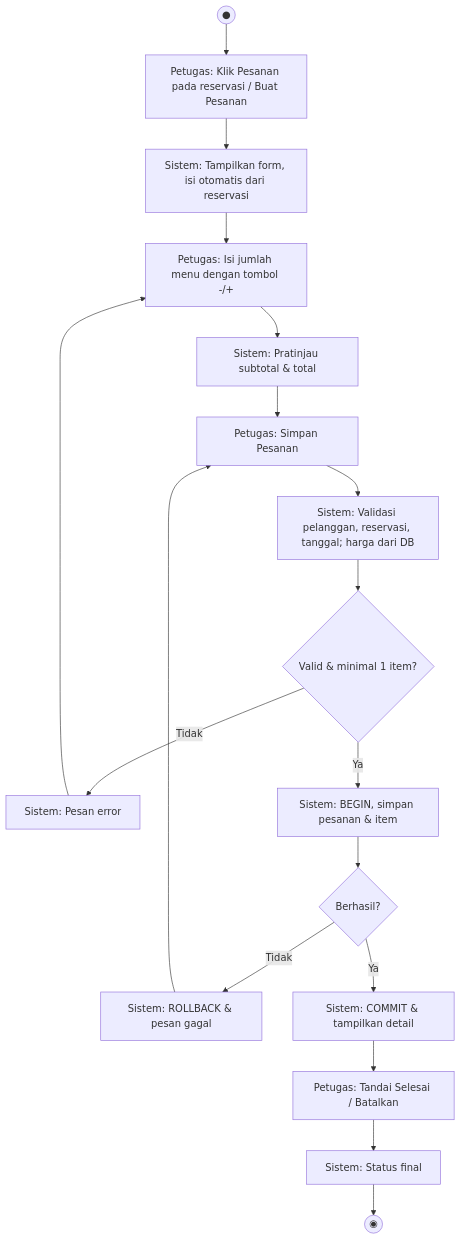
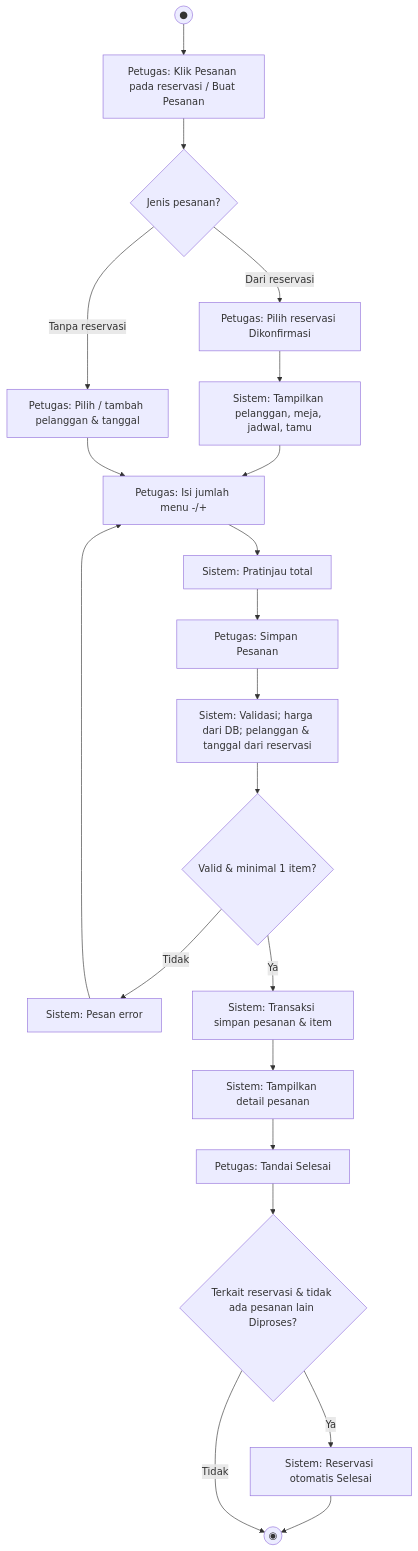
The third of 8 diagrams in docs/PANDUAN-PEMBUATAN-DOCX.md (Fuentes771/LSP-Programming), drawn with Mermaid before and after one commit. The commit also changed other lines of this file and 11 other files, not shown here.

First line of the commit message:
Rapikan alur pesanan dari reservasi dan penyelesaian otomatis

````diff
--- a/docs/PANDUAN-PEMBUATAN-DOCX.md
+++ b/docs/PANDUAN-PEMBUATAN-DOCX.md
@@ -705,17 +712,21 @@
 ```mermaid
 flowchart TD
     start((●)) --> a1[Petugas: Klik Pesanan pada reservasi / Buat Pesanan]
-    a1 --> s1[Sistem: Tampilkan form, isi otomatis dari reservasi]
-    s1 --> a2[Petugas: Isi jumlah menu dengan tombol -/+]
-    a2 --> s2[Sistem: Pratinjau subtotal & total]
-    s2 --> a3[Petugas: Simpan Pesanan]
-    a3 --> s3[Sistem: Validasi pelanggan, reservasi, tanggal; harga dari DB]
+    a1 --> d0{Jenis pesanan?}
+    d0 -- Dari reservasi --> a2[Petugas: Pilih reservasi Dikonfirmasi]
+    a2 --> s1[Sistem: Tampilkan pelanggan, meja, jadwal, tamu]
+    d0 -- Tanpa reservasi --> a3[Petugas: Pilih / tambah pelanggan & tanggal]
+    s1 --> a4[Petugas: Isi jumlah menu -/+]
+    a3 --> a4
+    a4 --> s2[Sistem: Pratinjau total]
+    s2 --> a5[Petugas: Simpan Pesanan]
+    a5 --> s3[Sistem: Validasi; harga dari DB; pelanggan & tanggal dari reservasi]
     s3 --> d1{Valid & minimal 1 item?}
-    d1 -- Tidak --> e1[Sistem: Pesan error] --> a2
-    d1 -- Ya --> s4[Sistem: BEGIN, simpan pesanan & item]
-    s4 --> d2{Berhasil?}
-    d2 -- Tidak --> e2[Sistem: ROLLBACK & pesan gagal] --> a3
-    d2 -- Ya --> s5[Sistem: COMMIT & tampilkan detail]
-    s5 --> a4[Petugas: Tandai Selesai / Batalkan]
-    a4 --> s6[Sistem: Status final] --> stop((◉))
+    d1 -- Tidak --> e1[Sistem: Pesan error] --> a4
+    d1 -- Ya --> s4[Sistem: Transaksi simpan pesanan & item]
+    s4 --> s5[Sistem: Tampilkan detail pesanan]
+    s5 --> a6[Petugas: Tandai Selesai]
+    a6 --> d2{Terkait reservasi & tidak ada pesanan lain Diproses?}
+    d2 -- Ya --> s6[Sistem: Reservasi otomatis Selesai] --> stop((◉))
+    d2 -- Tidak --> stop
 ```
````
